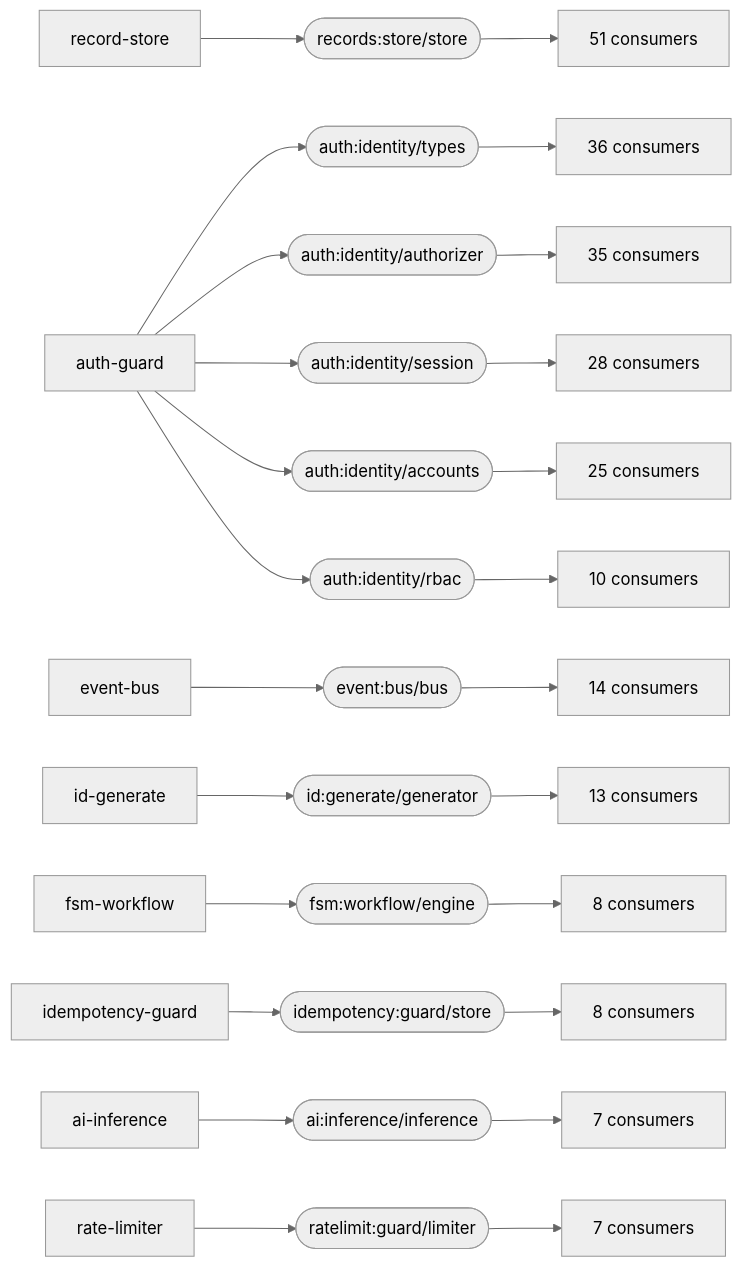
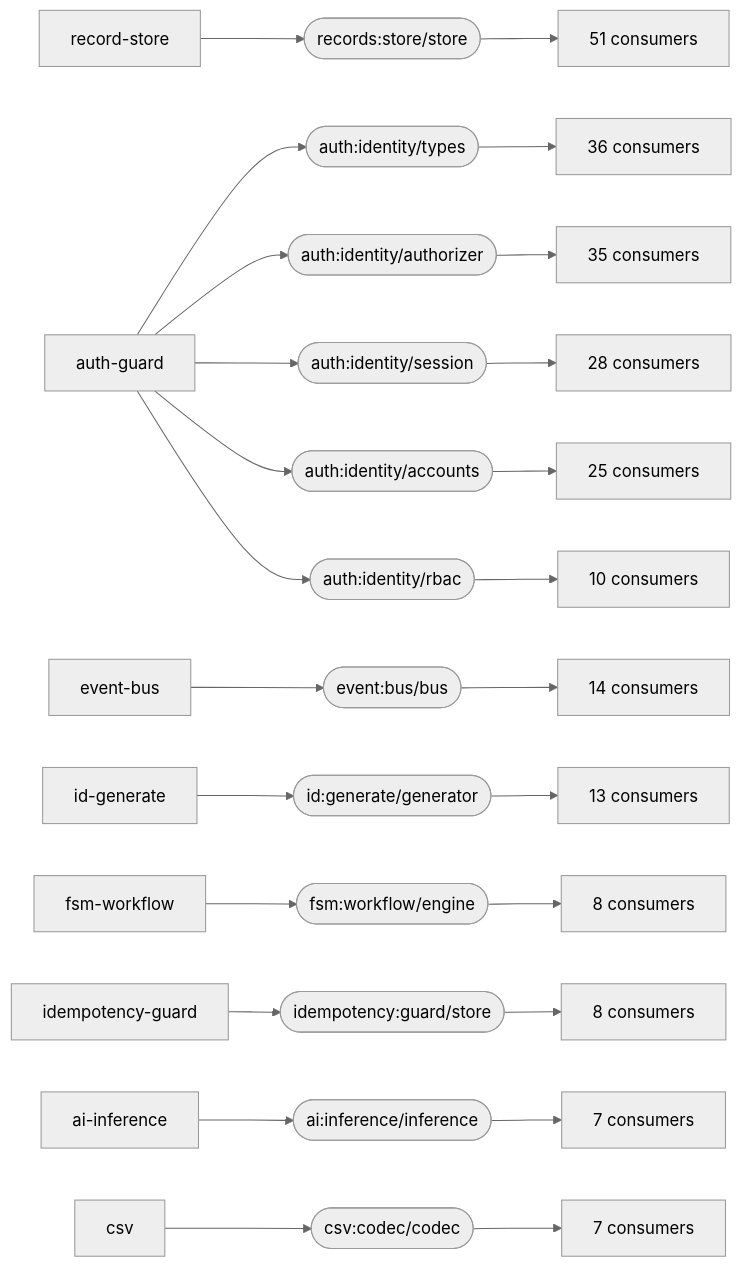
One commit to markkovari/holon changed the first of 2 diagrams in docs/CAPABILITY-GRAPH.md. Above: the diagram before and after it, drawn with Mermaid (neutral theme). The commit also changed other lines of this file and 22 other files, not shown here.

````diff
--- a/docs/CAPABILITY-GRAPH.md
+++ b/docs/CAPABILITY-GRAPH.md
@@ -122,39 +123,39 @@
 ```mermaid
 graph LR
   records_store_store(["records:store/store"])
   record_store[record-store] --> records_store_store
   records_store_store --> many_records_store_store["51 consumers"]
   auth_identity_types(["auth:identity/types"])
   auth_guard[auth-guard] --> auth_identity_types
   auth_identity_types --> many_auth_identity_types["36 consumers"]
   auth_identity_authorizer(["auth:identity/authorizer"])
   auth_guard[auth-guard] --> auth_identity_authorizer
   auth_identity_authorizer --> many_auth_identity_authorizer["35 consumers"]
   auth_identity_session(["auth:identity/session"])
   auth_guard[auth-guard] --> auth_identity_session
   auth_identity_session --> many_auth_identity_session["28 consumers"]
   auth_identity_accounts(["auth:identity/accounts"])
   auth_guard[auth-guard] --> auth_identity_accounts
   auth_identity_accounts --> many_auth_identity_accounts["25 consumers"]
   event_bus_bus(["event:bus/bus"])
   event_bus[event-bus] --> event_bus_bus
   event_bus_bus --> many_event_bus_bus["14 consumers"]
   id_generate_generator(["id:generate/generator"])
   id_generate[id-generate] --> id_generate_generator
   id_generate_generator --> many_id_generate_generator["13 consumers"]
   auth_identity_rbac(["auth:identity/rbac"])
   auth_guard[auth-guard] --> auth_identity_rbac
   auth_identity_rbac --> many_auth_identity_rbac["10 consumers"]
   fsm_workflow_engine(["fsm:workflow/engine"])
   fsm_workflow[fsm-workflow] --> fsm_workflow_engine
   fsm_workflow_engine --> many_fsm_workflow_engine["8 consumers"]
   idempotency_guard_store(["idempotency:guard/store"])
   idempotency_guard[idempotency-guard] --> idempotency_guard_store
   idempotency_guard_store --> many_idempotency_guard_store["8 consumers"]
   ai_inference_inference(["ai:inference/inference"])
   ai_inference[ai-inference] --> ai_inference_inference
   ai_inference_inference --> many_ai_inference_inference["7 consumers"]
-  ratelimit_guard_limiter(["ratelimit:guard/limiter"])
-  rate_limiter[rate-limiter] --> ratelimit_guard_limiter
-  ratelimit_guard_limiter --> many_ratelimit_guard_limiter["7 consumers"]
+  csv_codec_codec(["csv:codec/codec"])
+  csv[csv] --> csv_codec_codec
+  csv_codec_codec --> many_csv_codec_codec["7 consumers"]
 ```
````
